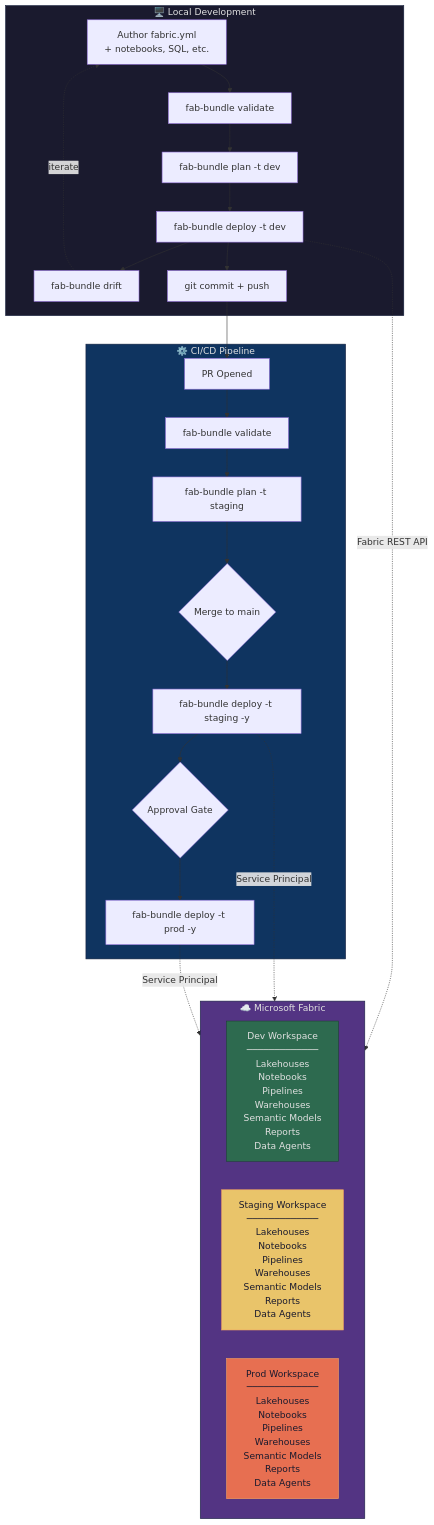
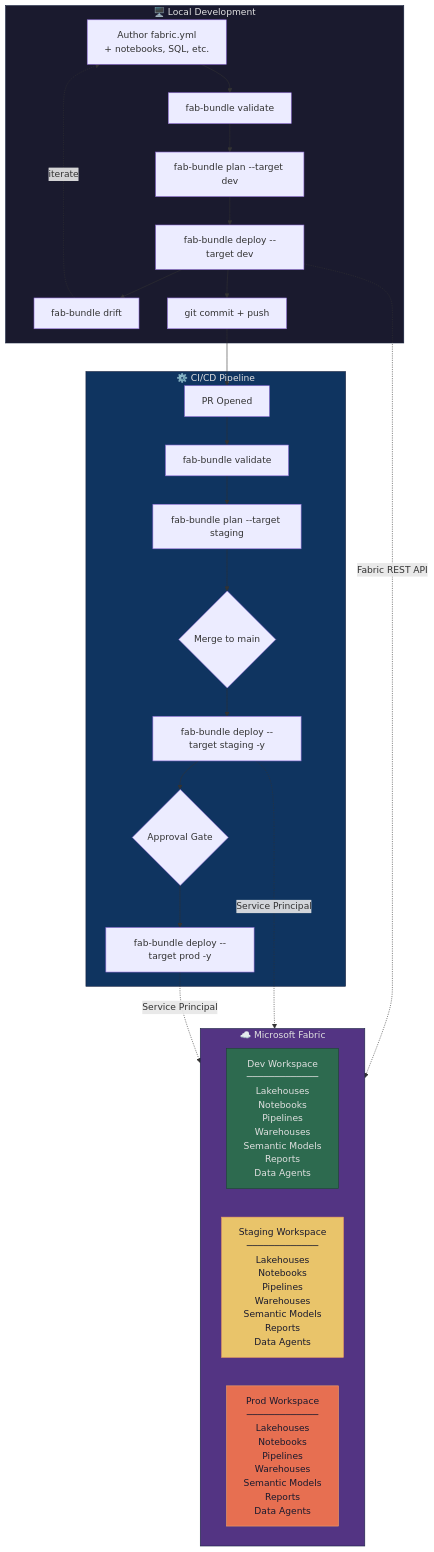
The diagram in README.md (dereknguyenio/fabric-automation-bundles), drawn with Mermaid before and after one commit. The commit also changed other lines of this file and 20 other files, not shown here.

````diff
--- a/README.md
+++ b/README.md
@@ -302,39 +302,39 @@
 ```mermaid
 flowchart TB
     subgraph local["🖥️ Local Development"]
         A["Author fabric.yml\n+ notebooks, SQL, etc."] --> B["fab-bundle validate"]
-        B --> C["fab-bundle plan -t dev"]
-        C --> D["fab-bundle deploy -t dev"]
+        B --> C["fab-bundle plan --target dev"]
+        C --> D["fab-bundle deploy --target dev"]
         D --> E["fab-bundle drift"]
         E -.->|"iterate"| A
         D --> F["git commit + push"]
     end
 
     subgraph cicd["⚙️ CI/CD Pipeline"]
         G["PR Opened"] --> H["fab-bundle validate"]
-        H --> I["fab-bundle plan -t staging"]
+        H --> I["fab-bundle plan --target staging"]
         I --> J{Merge to main}
-        J --> K["fab-bundle deploy -t staging -y"]
+        J --> K["fab-bundle deploy --target staging -y"]
         K --> L{Approval Gate}
-        L --> M["fab-bundle deploy -t prod -y"]
+        L --> M["fab-bundle deploy --target prod -y"]
     end
 
     subgraph fabric["☁️ Microsoft Fabric"]
         direction LR
         DEV["Dev Workspace\n─────────────\nLakehouses\nNotebooks\nPipelines\nWarehouses\nSemantic Models\nReports\nData Agents"]
         STG["Staging Workspace\n─────────────\nLakehouses\nNotebooks\nPipelines\nWarehouses\nSemantic Models\nReports\nData Agents"]
         PRD["Prod Workspace\n─────────────\nLakehouses\nNotebooks\nPipelines\nWarehouses\nSemantic Models\nReports\nData Agents"]
     end
 
     F --> G
     D -.->|"Fabric REST API"| DEV
     K -.->|"Service Principal"| STG
     M -.->|"Service Principal"| PRD
 
     style local fill:#1a1a2e,stroke:#16213e,color:#e0e0e0
     style cicd fill:#0f3460,stroke:#16213e,color:#e0e0e0
     style fabric fill:#533483,stroke:#16213e,color:#e0e0e0
     style DEV fill:#2d6a4f,stroke:#1b4332,color:#e0e0e0
     style STG fill:#e9c46a,stroke:#f4a261,color:#1a1a2e
     style PRD fill:#e76f51,stroke:#f4a261,color:#1a1a2e
 ```
````
